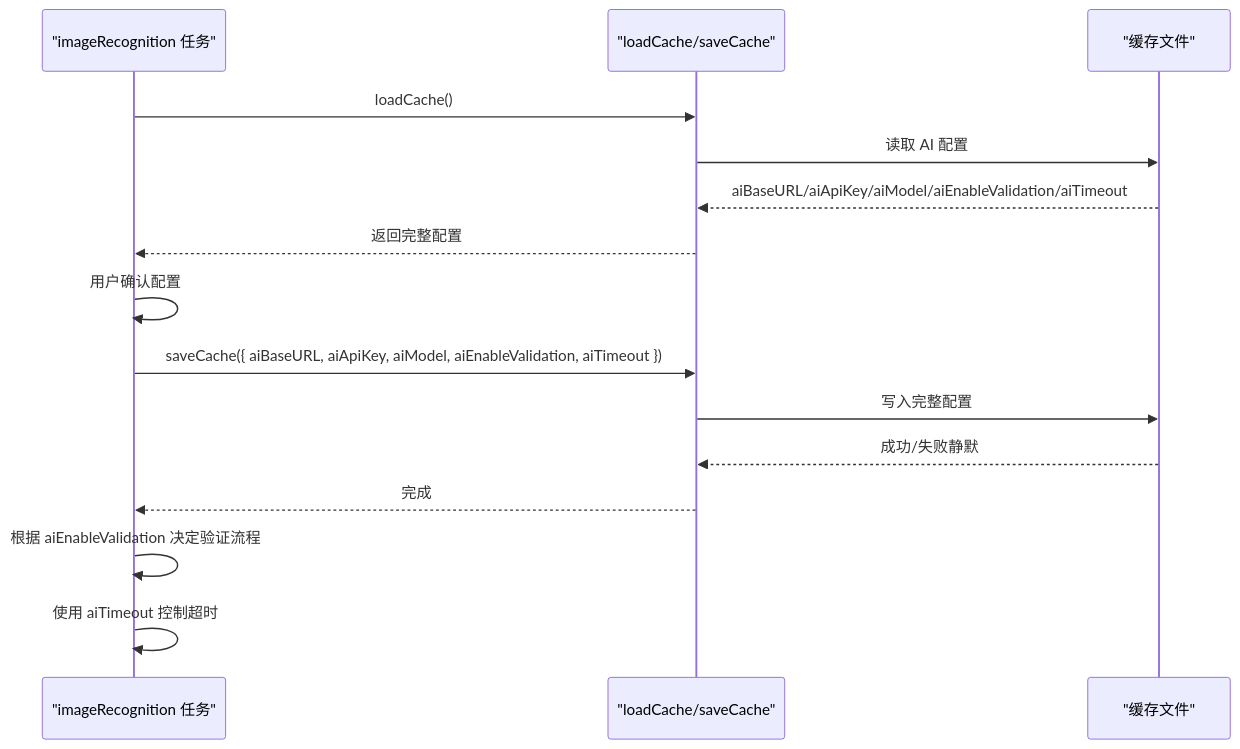
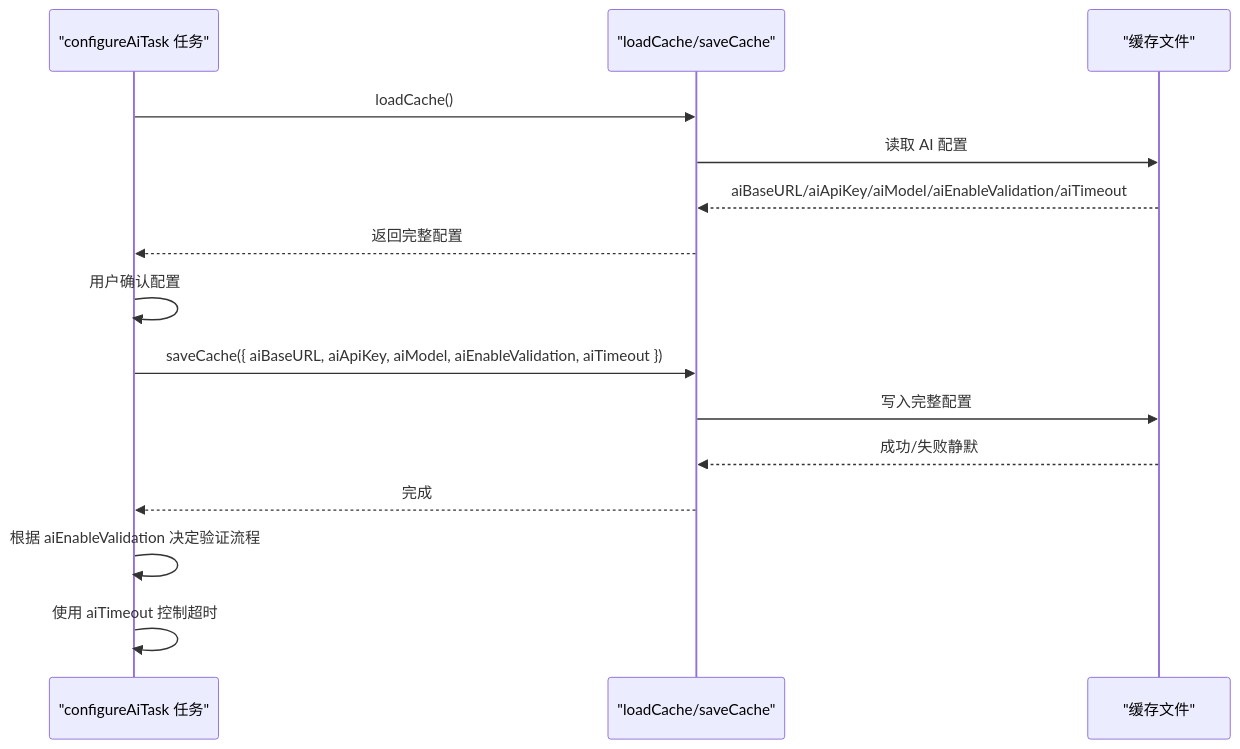
The fourth of 5 diagrams in .qoder/repowiki/zh/content/工具函数模块.md (hllshiro/doc2md-cli), drawn with Mermaid before and after one commit. The commit also changed other lines of this file and 10 other files, not shown here.

First line of the commit message:
feat(imageRecognition): 增强AI验证与多内容类型识别功能

````diff
--- a/.qoder/repowiki/zh/content/工具函数模块.md
+++ b/.qoder/repowiki/zh/content/工具函数模块.md
@@ -300,17 +303,17 @@
 ```mermaid
 sequenceDiagram
-participant Task as "imageRecognition 任务"
+participant Task as "configureAiTask 任务"
 participant Utils as "loadCache/saveCache"
 participant Cache as "缓存文件"
 Task->>Utils : loadCache()
 Utils->>Cache : 读取 AI 配置
 Cache-->>Utils : aiBaseURL/aiApiKey/aiModel/aiEnableValidation/aiTimeout
 Utils-->>Task : 返回完整配置
 Task->>Task : 用户确认配置
 Task->>Utils : saveCache({ aiBaseURL, aiApiKey, aiModel, aiEnableValidation, aiTimeout })
 Utils->>Cache : 写入完整配置
 Cache-->>Utils : 成功/失败静默
 Utils-->>Task : 完成
 Task->>Task : 根据 aiEnableValidation 决定验证流程
 Task->>Task : 使用 aiTimeout 控制超时
 ```
````
